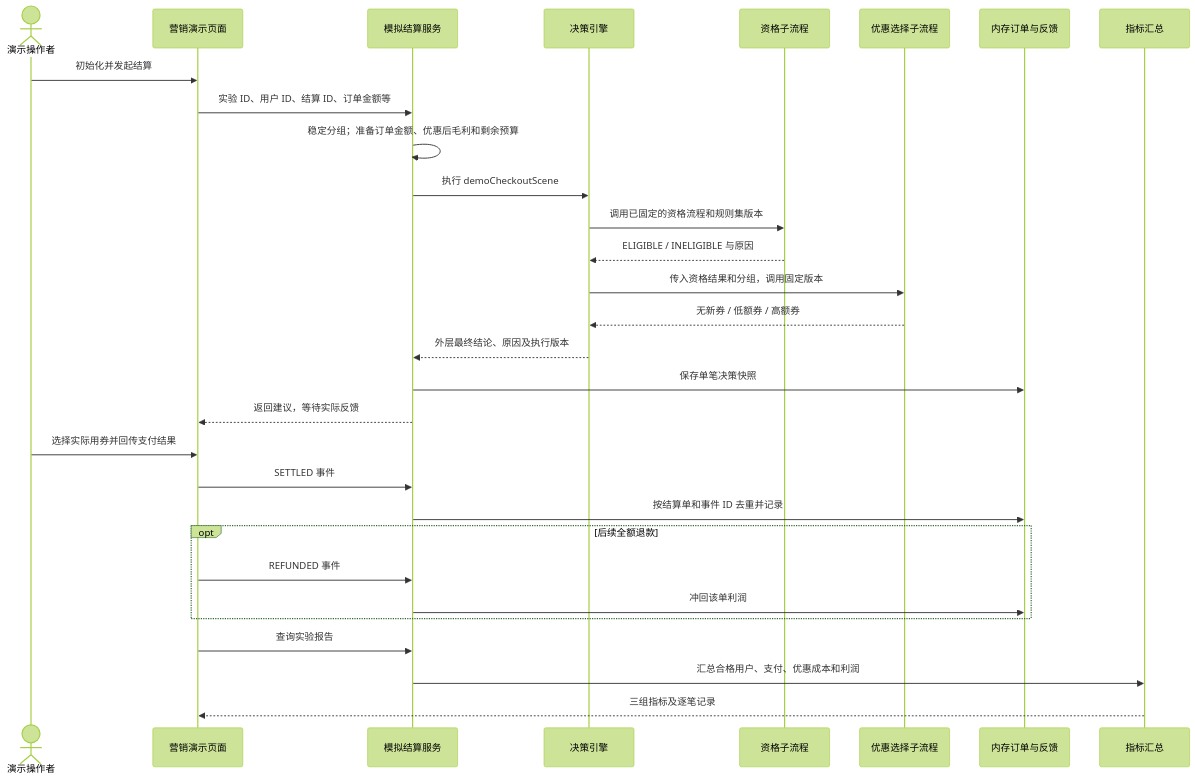
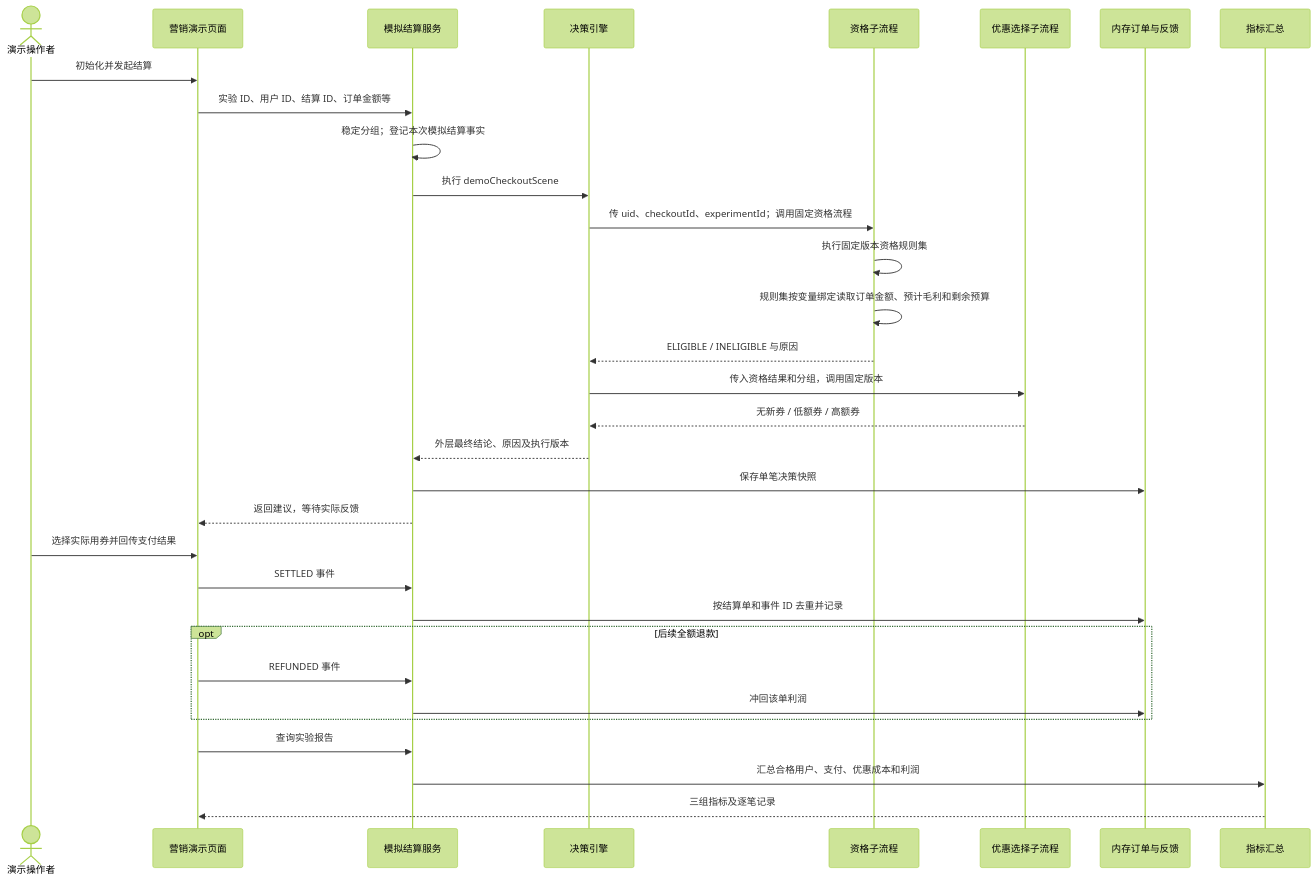
Before and after one commit to liyongkanger/risk-control-decision: the second of 2 diagrams in docs/marketing-demo-closed-loop.md, drawn with Mermaid (forest theme). The commit also changed other lines of this file and 271 other files, not shown here.

````diff
--- a/docs/marketing-demo-closed-loop.md
+++ b/docs/marketing-demo-closed-loop.md
@@ -37,34 +37,36 @@
 ```mermaid
 sequenceDiagram
     actor Operator as 演示操作者
     participant UI as 营销演示页面
     participant Demo as 模拟结算服务
     participant Engine as 决策引擎
     participant Eligibility as 资格子流程
     participant Selection as 优惠选择子流程
     participant Store as 内存订单与反馈
     participant Metrics as 指标汇总
 
     Operator->>UI: 初始化并发起结算
     UI->>Demo: 实验 ID、用户 ID、结算 ID、订单金额等
-    Demo->>Demo: 稳定分组；准备订单金额、优惠后毛利和剩余预算
+    Demo->>Demo: 稳定分组；登记本次模拟结算事实
     Demo->>Engine: 执行 demoCheckoutScene
-    Engine->>Eligibility: 调用已固定的资格流程和规则集版本
+    Engine->>Eligibility: 传 uid、checkoutId、experimentId；调用固定资格流程
+    Eligibility->>Eligibility: 执行固定版本资格规则集
+    Eligibility->>Eligibility: 规则集按变量绑定读取订单金额、预计毛利和剩余预算
     Eligibility-->>Engine: ELIGIBLE / INELIGIBLE 与原因
     Engine->>Selection: 传入资格结果和分组，调用固定版本
     Selection-->>Engine: 无新券 / 低额券 / 高额券
     Engine-->>Demo: 外层最终结论、原因及执行版本
     Demo->>Store: 保存单笔决策快照
     Demo-->>UI: 返回建议，等待实际反馈
 
     Operator->>UI: 选择实际用券并回传支付结果
     UI->>Demo: SETTLED 事件
     Demo->>Store: 按结算单和事件 ID 去重并记录
     opt 后续全额退款
         UI->>Demo: REFUNDED 事件
         Demo->>Store: 冲回该单利润
     end
     UI->>Demo: 查询实验报告
     Demo->>Metrics: 汇总合格用户、支付、优惠成本和利润
     Metrics-->>UI: 三组指标及逐笔记录
 ```
````
